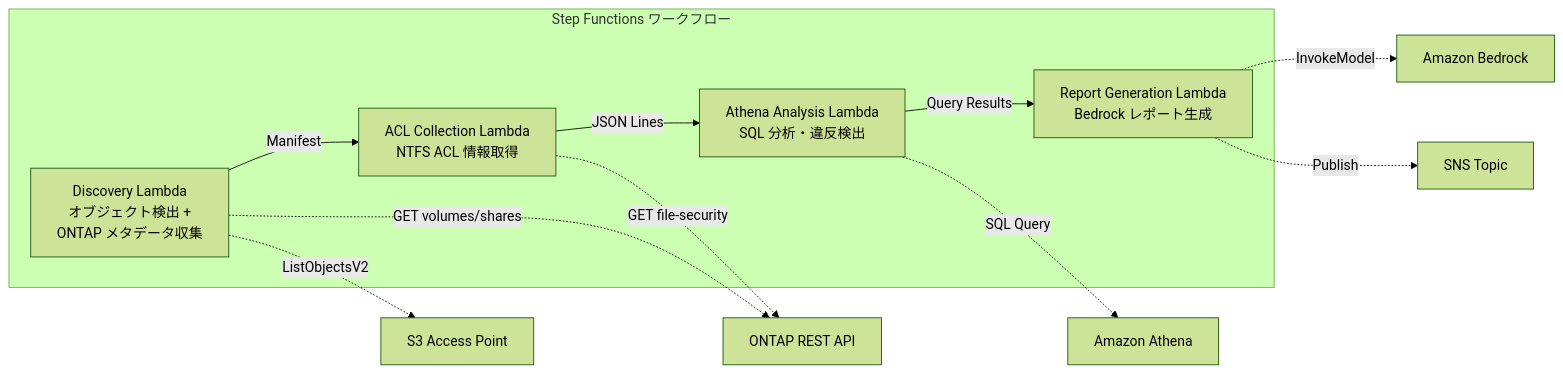
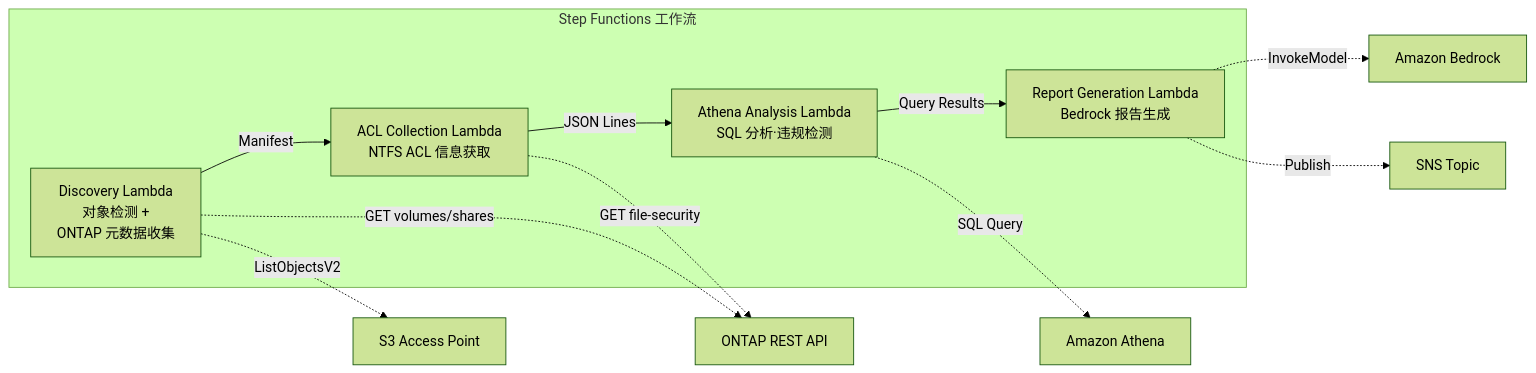
The diagram in solutions/industry/legal-compliance/README.zh-CN.md (Yoshiki0705/FSx-for-ONTAP-S3AccessPoints-Serverless-Patterns), drawn with Mermaid (forest theme) before and after one commit. The commit also changed other lines of this file and 20 other files, not shown here.

````diff
--- a/solutions/industry/legal-compliance/README.zh-CN.md
+++ b/solutions/industry/legal-compliance/README.zh-CN.md
@@ -57,20 +68,20 @@
 ```mermaid
 graph LR
-    subgraph "Step Functions ワークフロー"
-        D[Discovery Lambda<br/>オブジェクト検出 +<br/>ONTAP メタデータ収集]
-        ACL[ACL Collection Lambda<br/>NTFS ACL 情報取得]
-        ATH[Athena Analysis Lambda<br/>SQL 分析・違反検出]
-        RPT[Report Generation Lambda<br/>Bedrock レポート生成]
+    subgraph "Step Functions 工作流"
+        D[Discovery Lambda<br/>对象检测 +<br/>ONTAP 元数据收集]
+        ACL[ACL Collection Lambda<br/>NTFS ACL 信息获取]
+        ATH[Athena Analysis Lambda<br/>SQL 分析·违规检测]
+        RPT[Report Generation Lambda<br/>Bedrock 报告生成]
     end
 
     D -->|Manifest| ACL
     ACL -->|JSON Lines| ATH
     ATH -->|Query Results| RPT
 
     D -.->|ListObjectsV2| S3AP[S3 Access Point]
     D -.->|GET volumes/shares| ONTAP[ONTAP REST API]
     ACL -.->|GET file-security| ONTAP
     ATH -.->|SQL Query| Athena[Amazon Athena]
     RPT -.->|InvokeModel| Bedrock[Amazon Bedrock]
     RPT -.->|Publish| SNS[SNS Topic]
 ```
````
